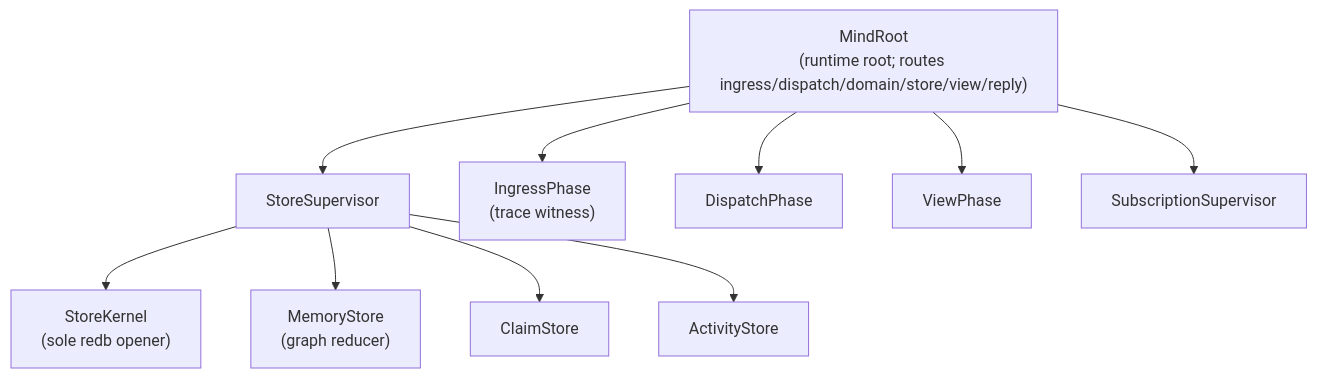
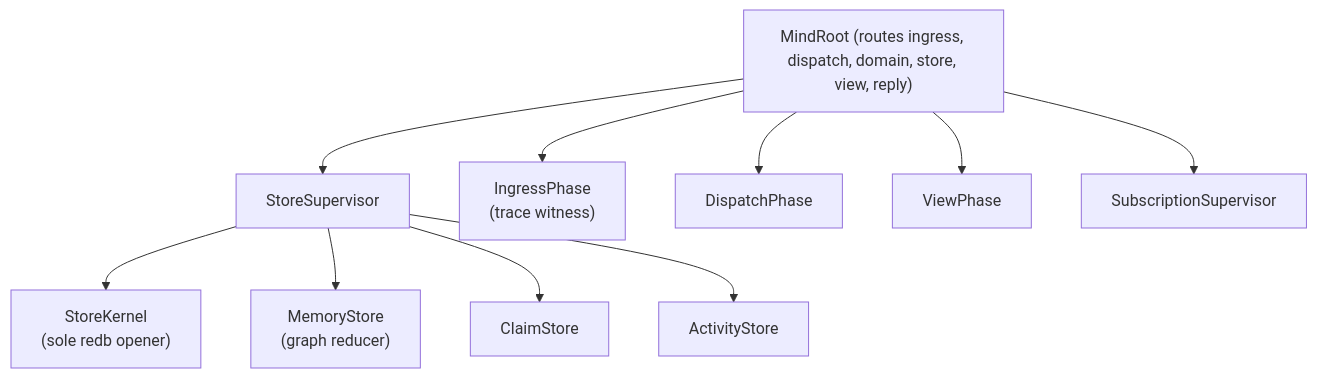
Before and after one commit to LiGoldragon/primary: the fourth of 18 diagrams in reports/designer/114-persona-vision-as-of-2026-05-11.md, drawn with Mermaid. The commit also changed other lines of this file, not shown here.

````diff
--- a/reports/designer/114-persona-vision-as-of-2026-05-11.md
+++ b/reports/designer/114-persona-vision-as-of-2026-05-11.md
@@ -221,24 +226,24 @@
 ```mermaid
 flowchart TB
-    mind_root["MindRoot<br/>(runtime root; routes ingress/dispatch/domain/store/view/reply)"]
+    mind_root["MindRoot (routes ingress, dispatch, domain, store, view, reply)"]
     store_super["StoreSupervisor"]
     store_kernel["StoreKernel<br/>(sole redb opener)"]
     memory_store["MemoryStore<br/>(graph reducer)"]
     claim_store["ClaimStore"]
     activity_store["ActivityStore"]
     ingress_phase["IngressPhase<br/>(trace witness)"]
     dispatch_phase["DispatchPhase"]
     view_phase["ViewPhase"]
     sub_super["SubscriptionSupervisor"]
 
     mind_root --> ingress_phase
     mind_root --> dispatch_phase
     mind_root --> store_super
     mind_root --> view_phase
     mind_root --> sub_super
 
     store_super --> store_kernel
     store_super --> memory_store
     store_super --> claim_store
     store_super --> activity_store
 ```
````
